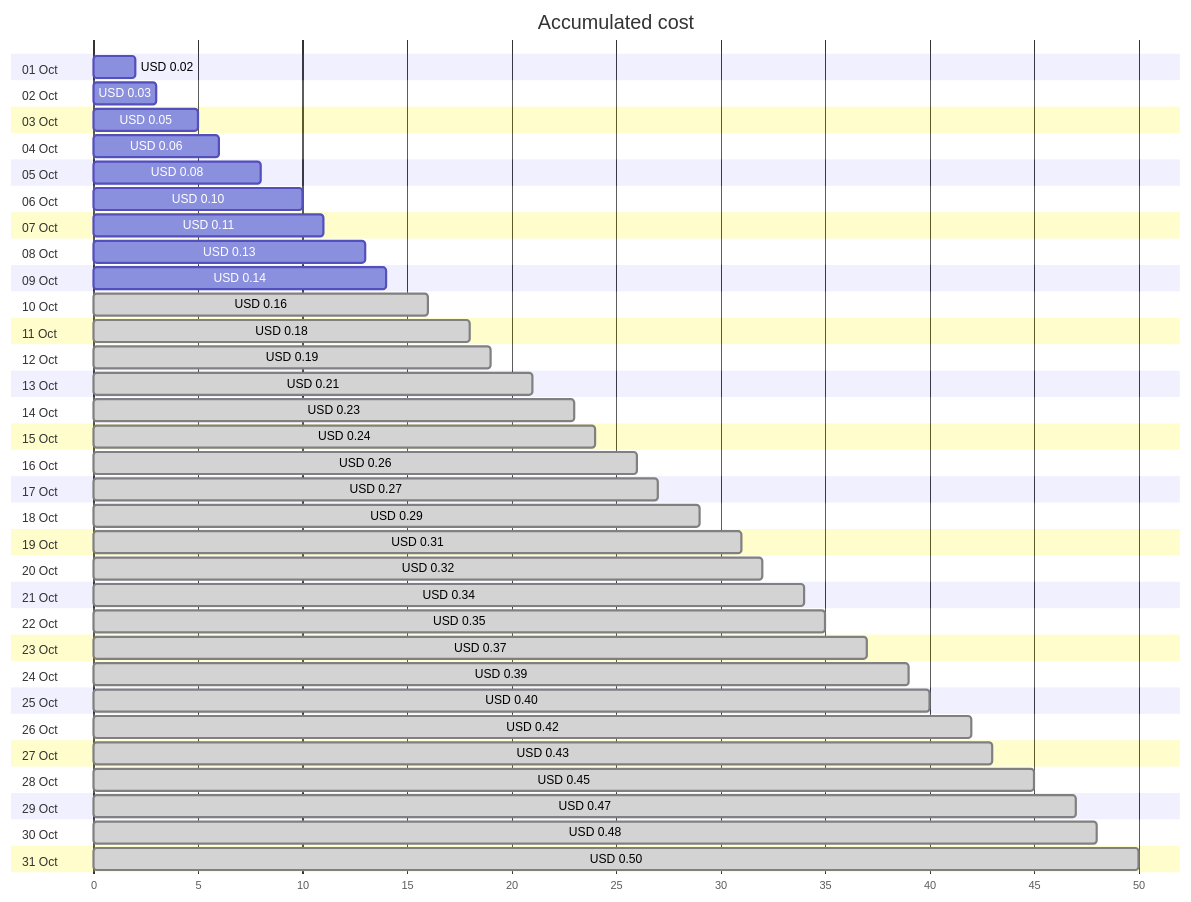
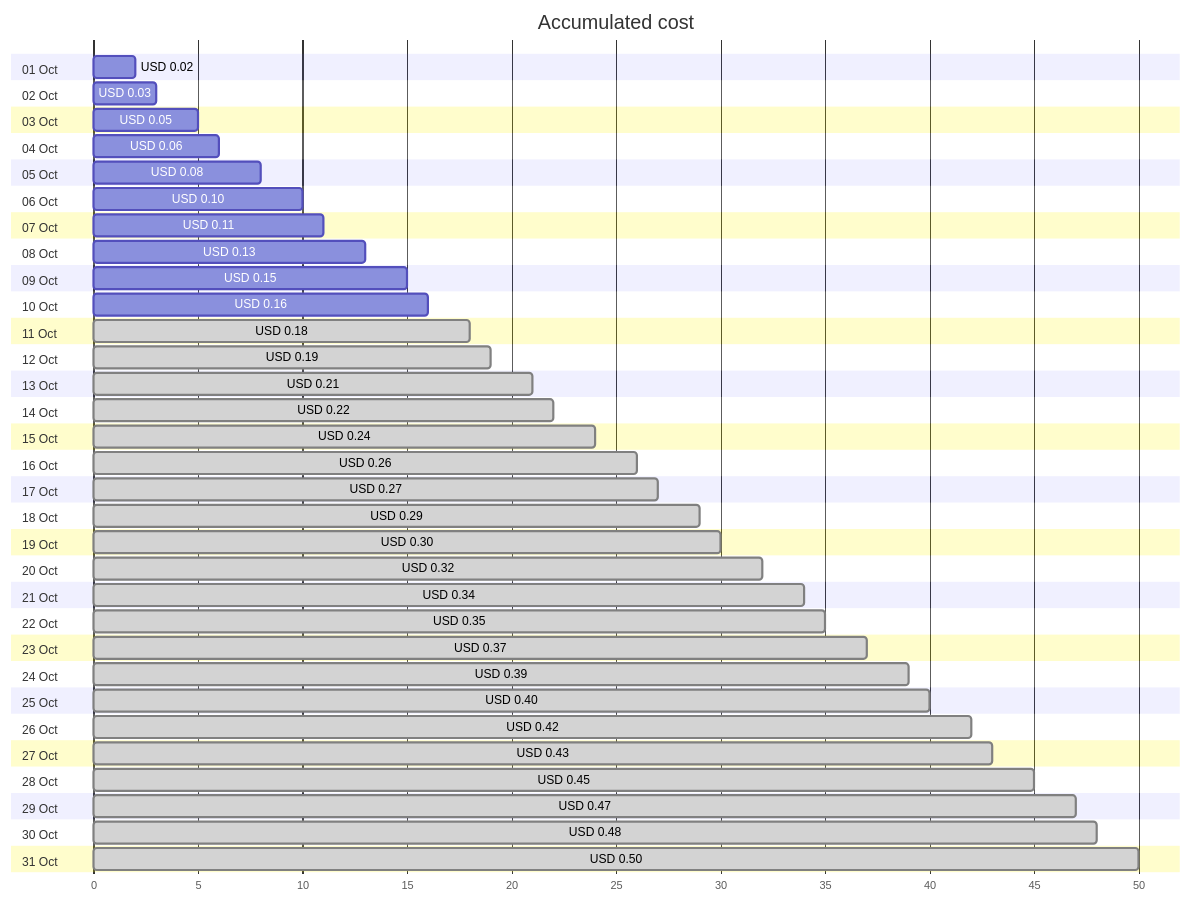
One commit to jpfulton/azure-personal-reports changed the first of 4 diagrams in cost-reports/personal-network/private.jpatrickfulton.com.md. Above: the diagram before and after it, drawn with Mermaid. The commit also changed other lines of this file and 8 other files, not shown here.

````diff
--- a/cost-reports/personal-network/private.jpatrickfulton.com.md
+++ b/cost-reports/personal-network/private.jpatrickfulton.com.md
@@ -20,68 +20,68 @@
 ```mermaid
 gantt
    title Accumulated cost
    dateFormat  X
    axisFormat %s
    section 01 Oct
    USD 0.02 :0, 2
    section 02 Oct
    USD 0.03 :0, 3
    section 03 Oct
    USD 0.05 :0, 5
    section 04 Oct
    USD 0.06 :0, 6
    section 05 Oct
    USD 0.08 :0, 8
    section 06 Oct
    USD 0.10 :0, 10
    section 07 Oct
    USD 0.11 :0, 11
    section 08 Oct
    USD 0.13 :0, 13
    section 09 Oct
-   USD 0.14 :0, 14
+   USD 0.15 :0, 15
    section 10 Oct
-   USD 0.16 : done, 0, 16
+   USD 0.16 :0, 16
    section 11 Oct
    USD 0.18 : done, 0, 18
    section 12 Oct
    USD 0.19 : done, 0, 19
    section 13 Oct
    USD 0.21 : done, 0, 21
    section 14 Oct
-   USD 0.23 : done, 0, 23
+   USD 0.22 : done, 0, 22
    section 15 Oct
    USD 0.24 : done, 0, 24
    section 16 Oct
    USD 0.26 : done, 0, 26
    section 17 Oct
    USD 0.27 : done, 0, 27
    section 18 Oct
    USD 0.29 : done, 0, 29
    section 19 Oct
-   USD 0.31 : done, 0, 31
+   USD 0.30 : done, 0, 30
    section 20 Oct
    USD 0.32 : done, 0, 32
    section 21 Oct
    USD 0.34 : done, 0, 34
    section 22 Oct
    USD 0.35 : done, 0, 35
    section 23 Oct
    USD 0.37 : done, 0, 37
    section 24 Oct
    USD 0.39 : done, 0, 39
    section 25 Oct
    USD 0.40 : done, 0, 40
    section 26 Oct
    USD 0.42 : done, 0, 42
    section 27 Oct
    USD 0.43 : done, 0, 43
    section 28 Oct
    USD 0.45 : done, 0, 45
    section 29 Oct
    USD 0.47 : done, 0, 47
    section 30 Oct
    USD 0.48 : done, 0, 48
    section 31 Oct
    USD 0.50 : done, 0, 50
 ```
````
